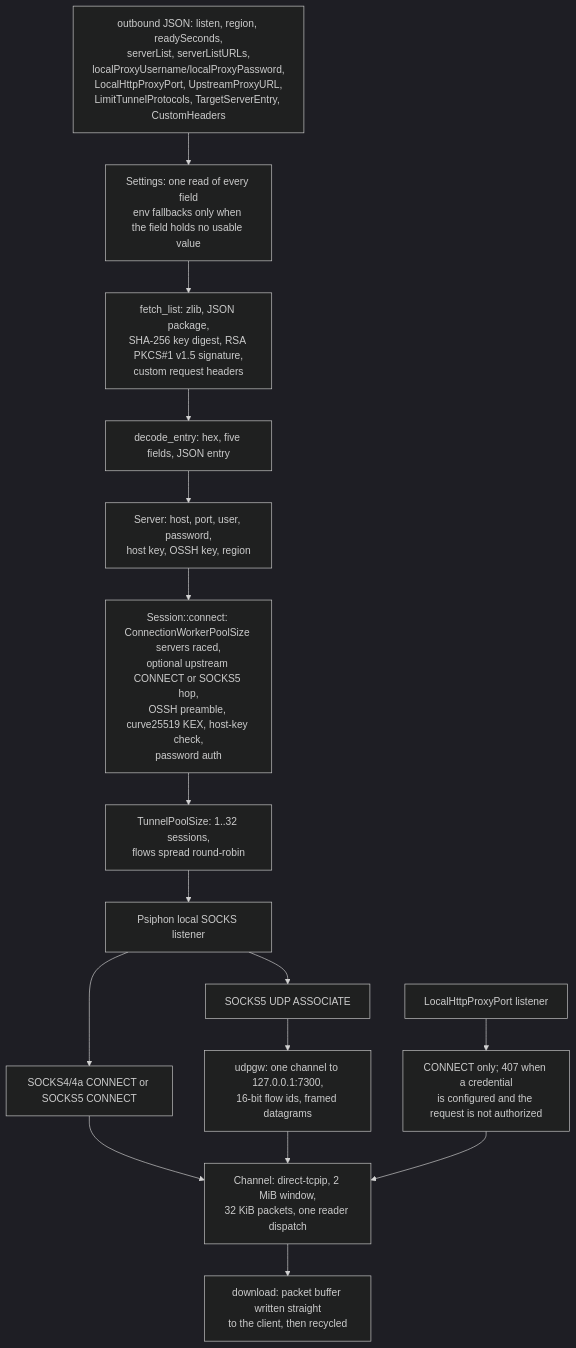
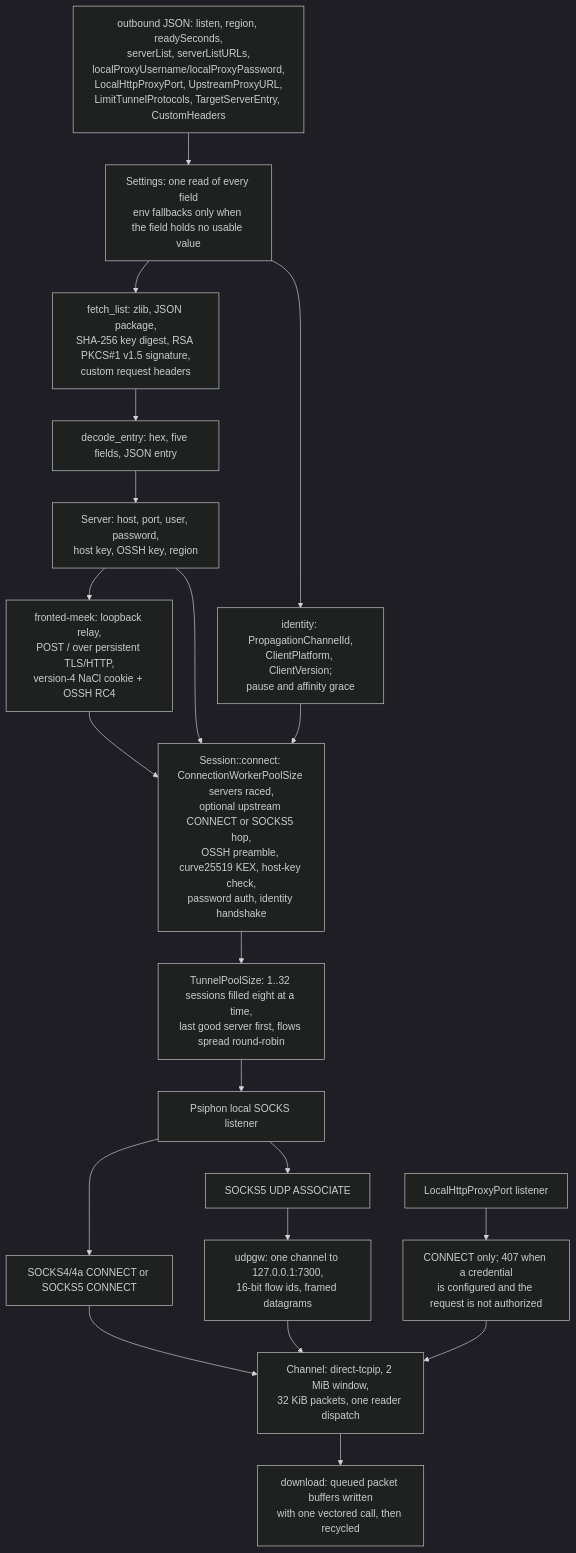
Before and after one commit to Ferrocite/ferrox: the diagram in docs/function/carrier-psiphon.md, drawn with Mermaid (dark theme). The commit also changed other lines of this file and 12 other files, not shown here.

Commit message:
psiphon: speak fronted-meek natively and unify lane exits

````diff
--- a/docs/function/carrier-psiphon.md
+++ b/docs/function/carrier-psiphon.md
@@ -7,18 +7,22 @@
 ```mermaid
 graph TD
     A["outbound JSON: listen, region, readySeconds,<br/>serverList, serverListURLs,<br/>localProxyUsername/localProxyPassword,<br/>LocalHttpProxyPort, UpstreamProxyURL,<br/>LimitTunnelProtocols, TargetServerEntry, CustomHeaders"] --> B["Settings: one read of every field<br/>env fallbacks only when the field holds no usable value"]
     B --> C["fetch_list: zlib, JSON package,<br/>SHA-256 key digest, RSA PKCS#1 v1.5 signature,<br/>custom request headers"]
+    B --> B2["identity: PropagationChannelId,<br/>ClientPlatform, ClientVersion;<br/>pause and affinity grace"]
     C --> D["decode_entry: hex, five fields, JSON entry"]
     D --> E["Server: host, port, user, password,<br/>host key, OSSH key, region"]
-    E --> F["Session::connect: ConnectionWorkerPoolSize servers raced,<br/>optional upstream CONNECT or SOCKS5 hop,<br/>OSSH preamble, curve25519 KEX, host-key check,<br/>password auth"]
-    F --> P["TunnelPoolSize: 1..32 sessions,<br/>flows spread round-robin"]
+    E --> E2["fronted-meek: loopback relay,<br/>POST / over persistent TLS/HTTP,<br/>version-4 NaCl cookie + OSSH RC4"]
+    E2 --> F
+    E --> F["Session::connect: ConnectionWorkerPoolSize servers raced,<br/>optional upstream CONNECT or SOCKS5 hop,<br/>OSSH preamble, curve25519 KEX, host-key check,<br/>password auth, identity handshake"]
+    B2 --> F
+    F --> P["TunnelPoolSize: 1..32 sessions filled eight at a time,<br/>last good server first, flows spread round-robin"]
     P --> G["Psiphon local SOCKS listener"]
     G --> H["SOCKS4/4a CONNECT or SOCKS5 CONNECT"]
     H --> I["Channel: direct-tcpip, 2 MiB window,<br/>32 KiB packets, one reader dispatch"]
-    I --> Z["download: packet buffer written straight<br/>to the client, then recycled"]
+    I --> Z["download: queued packet buffers written<br/>with one vectored call, then recycled"]
     G --> J["SOCKS5 UDP ASSOCIATE"]
     J --> K["udpgw: one channel to 127.0.0.1:7300,<br/>16-bit flow ids, framed datagrams"]
     K --> I
     L["LocalHttpProxyPort listener"] --> M["CONNECT only; 407 when a credential<br/>is configured and the request is not authorized"]
     M --> I
 ```
````
